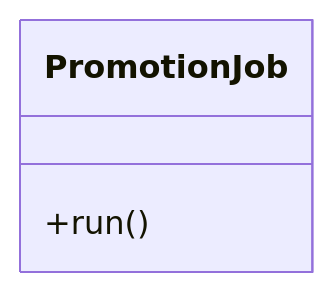
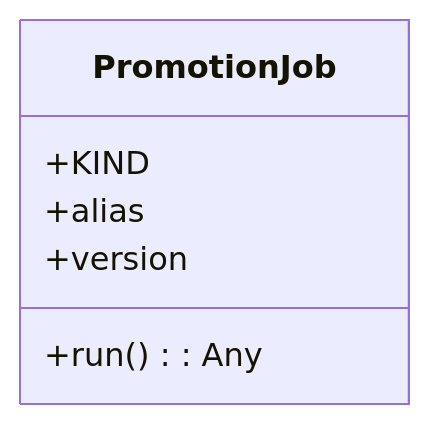
Before and after one commit to lgcorzo/mlops-python-package: the first of 4 diagrams in openwiki/src/regression_model_template/jobs/promotion.md, drawn with Mermaid. The commit also changed other lines of this file and 91 other files, not shown here.

````diff
--- a/openwiki/src/regression_model_template/jobs/promotion.md
+++ b/openwiki/src/regression_model_template/jobs/promotion.md
@@ -20,7 +21,9 @@
 ```mermaid
 classDiagram
-    direction BT
     class PromotionJob {
-        +run()
+        +KIND
+        +alias
+        +version
+        +run() : Any
     }
 ```
````
